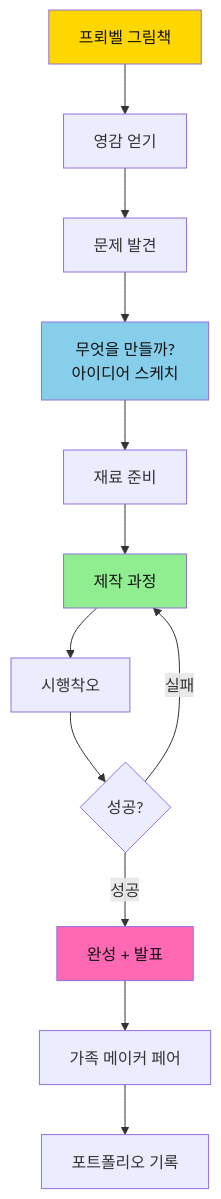
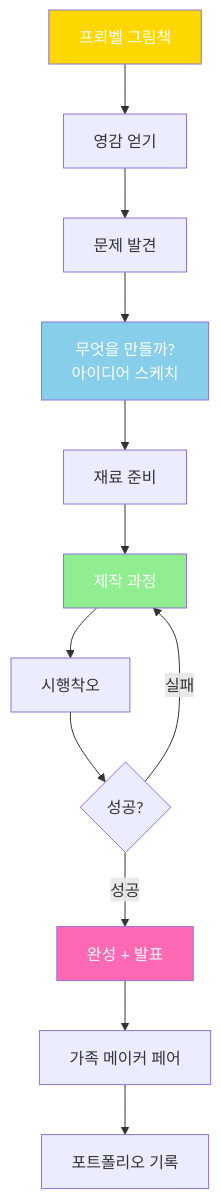
Before and after one commit to Collegenie-X/froebel: diagram 15 of 34 in 3단계_프뢰벨_FAQ_핵심가치.md, drawn with Mermaid. The commit also changed other lines of this file and 4 other files, not shown here.

````diff
--- a/3단계_프뢰벨_FAQ_핵심가치.md
+++ b/3단계_프뢰벨_FAQ_핵심가치.md
@@ -829,19 +829,19 @@
 ```mermaid
 graph TD
     A[프뢰벨 그림책] --> B[영감 얻기]
     B --> C[문제 발견]
     C --> D["무엇을 만들까?"<br/>아이디어 스케치]
     D --> E[재료 준비]
     E --> F[제작 과정]
     F --> G[시행착오]
     G --> H{성공?}
     H -->|실패| F
     H -->|성공| I[완성 + 발표]
     I --> J[가족 메이커 페어]
     J --> K[포트폴리오 기록]
     
-    style A fill:#FFD700,color:#111
-    style D fill:#87CEEB,color:#111
-    style F fill:#90EE90,color:#111
-    style I fill:#FF69B4,color:#111
+    style A fill:#FFD700,color:#fff
+    style D fill:#87CEEB,color:#fff
+    style F fill:#90EE90,color:#fff
+    style I fill:#FF69B4,color:#fff
 ```
````
